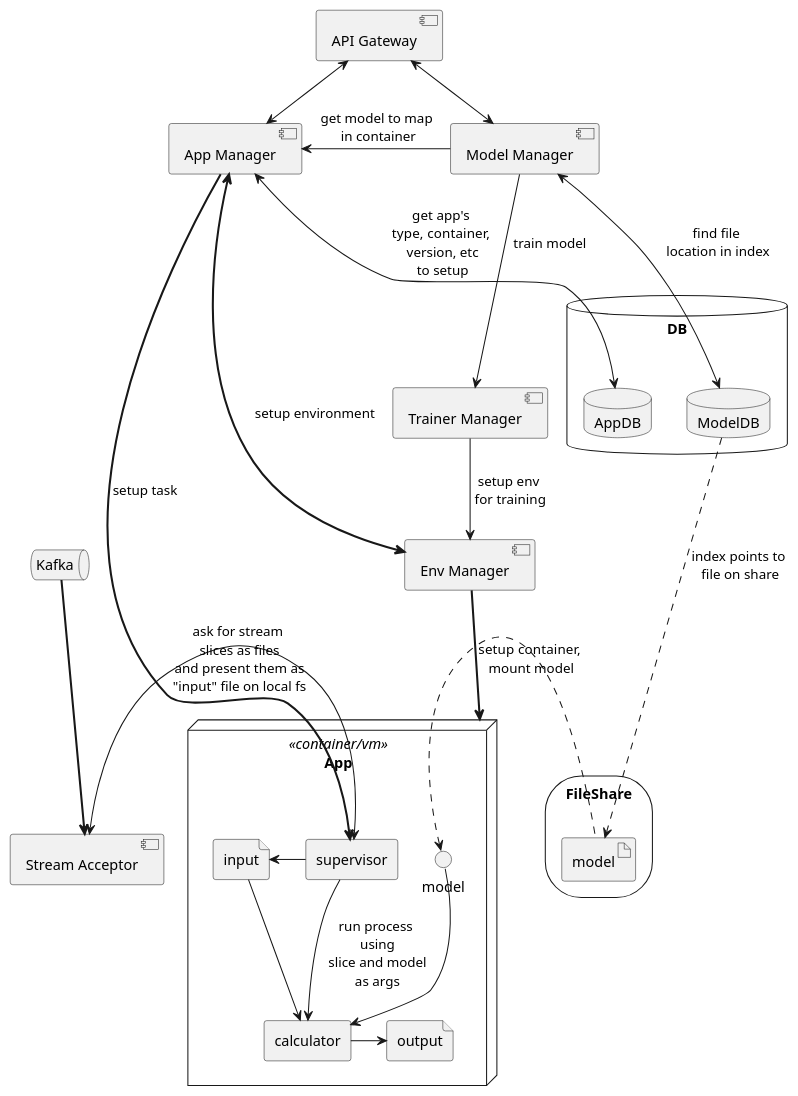
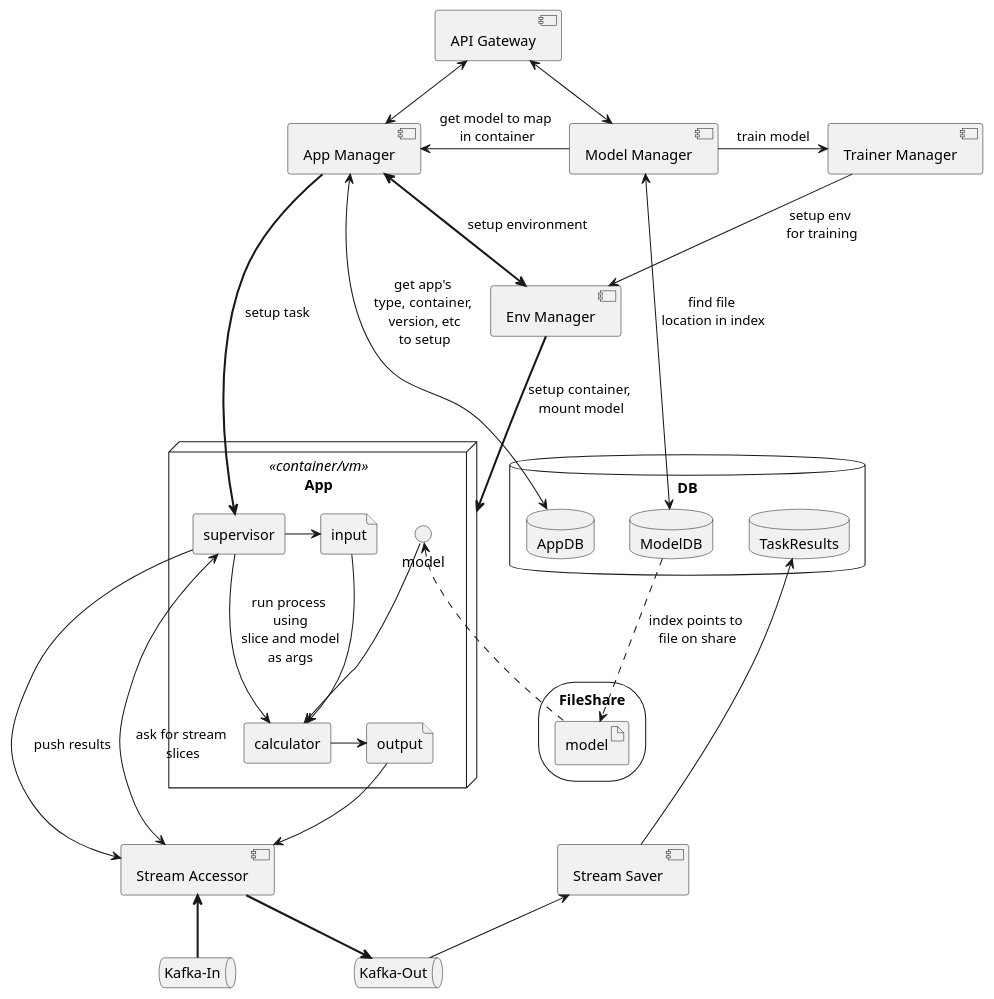
Before and after one commit to carrotFoxx/services: the diagram in docs/diagrams/general.puml, drawn with PlantUML.

Commit message:
update diagram with trainer and output processing

```diff
--- a/docs/diagrams/general.puml
+++ b/docs/diagrams/general.puml
@@ -1,62 +1,73 @@
 @startuml
 
-[Stream Acceptor] as sta
+[Stream Accessor] as sta
 
-queue Kafka as kf
+[Stream Saver] as stfs
 
-sta <=u= kf
+queue "Kafka-In" as kf_in
+queue "Kafka-Out" as kf_out
+
+sta <== kf_in
+sta ==> kf_out
+
 
 [App Manager] as app_mgr
 
 [Model Manager] as art_mgr
 
 [Trainer Manager] as tr_mgr
 
 [Env Manager] as env_mgr
 
 [API Gateway] as api
 
 database DB {
     database ModelDB as mdb
     database AppDB as appdb
+    database TaskResults as resdb
 }
+
+stfs <-- kf_out
+stfs -u-> resdb
 
 storage FileShare as fs {
     artifact model
     model <.u. mdb : index points to\n file on share
 }
 
 node App <<container/vm>> {
     agent supervisor as slv
     agent calculator as calc
     () model as mi
     file input
     file output
 
     mi <. model
 
     slv -l-> input
-    slv <-> sta: ask for stream\n slices as files\n and present them as\n "input" file on local fs
+    slv <-> sta: ask for stream\n slices
     slv --> calc: run process\n using\n slice and model\n as args
+    slv --> sta: push results
+    output --> sta
 
     calc <-u- input
     calc <-u- mi
     calc -> output
 }
 
 
 app_mgr <- art_mgr: get model to map\n in container
 app_mgr <-> appdb: get app's\ntype, container,\n version, etc\n to setup
 app_mgr <==> env_mgr: setup environment
 env_mgr ==> App: setup container,\n mount model
 app_mgr ==> slv: setup task
 
-art_mgr <--> mdb: find file\n location in index
-art_mgr --> tr_mgr: train model
+art_mgr <---> mdb: find file\n location in index
+art_mgr -> tr_mgr: train model
 
 tr_mgr --> env_mgr: setup env\n for training
 
 api <-d-> app_mgr
 api <-d-> art_mgr
 
 @enduml
```
